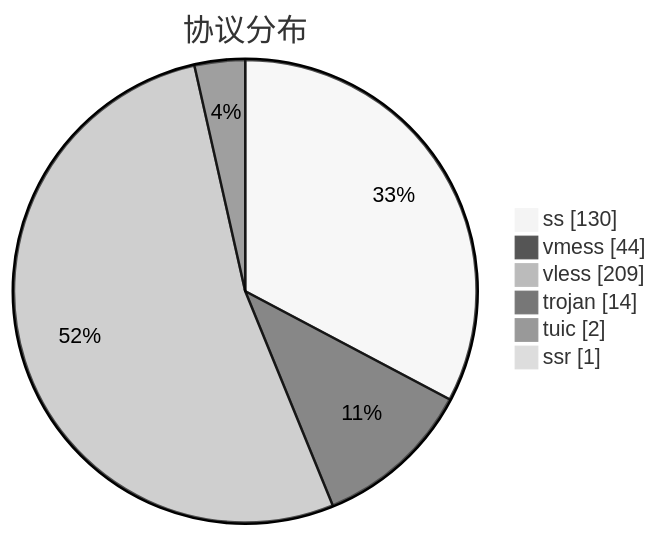
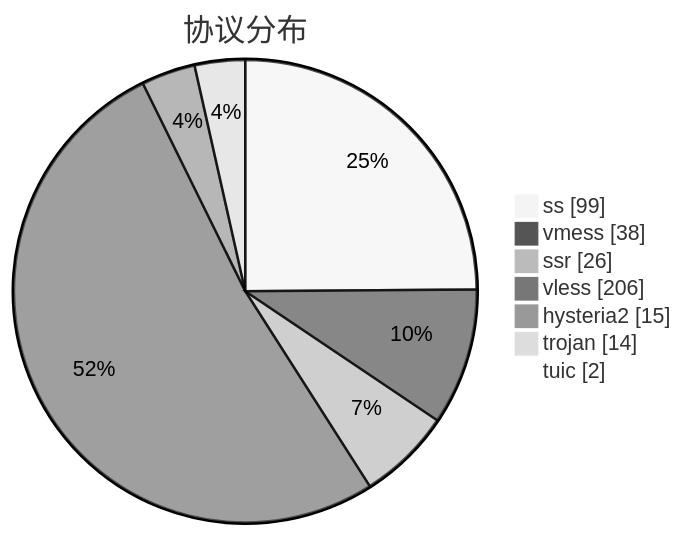
One commit to qjlxg/airport changed the third of 3 diagrams in subs/statistics/tested_within.md. Above: the diagram before and after it, drawn with Mermaid (neutral theme). The commit also changed other lines of this file and 2 other files, not shown here.

````diff
--- a/subs/statistics/tested_within.md
+++ b/subs/statistics/tested_within.md
@@ -27,10 +33,11 @@
 ```mermaid
 pie showData
 title 协议分布
-"ss" : 130
-"vmess" : 44
-"vless" : 209
+"ss" : 99
+"vmess" : 38
+"ssr" : 26
+"vless" : 206
+"hysteria2" : 15
 "trojan" : 14
 "tuic" : 2
-"ssr" : 1
 ```
````
